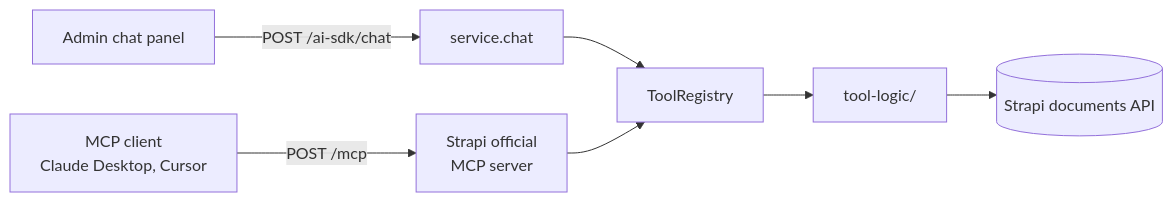
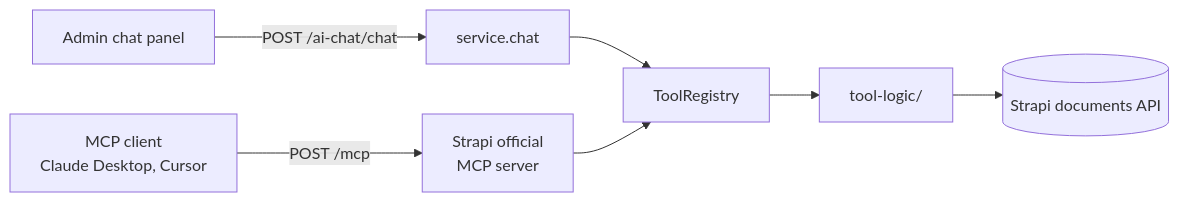
Before and after one commit to PaulBratslavsky/strapi-plugin-ai-chat: the first of 3 diagrams in docs/architecture.md, drawn with Mermaid. The commit also changed other lines of this file and 49 other files, not shown here.

First line of the commit message:
Rename the plugin id from ai-sdk to ai-chat, with a migration (3.0.0) (#20)

````diff
--- a/docs/architecture.md
+++ b/docs/architecture.md
@@ -49,8 +49,8 @@
 ```mermaid
 flowchart LR
   A[Admin chat panel]
   B[MCP client<br/>Claude Desktop, Cursor]
-  A -->|POST /ai-sdk/chat| E[service.chat] --> C[ToolRegistry]
+  A -->|POST /ai-chat/chat| E[service.chat] --> C[ToolRegistry]
   B -->|POST /mcp| F[Strapi official<br/>MCP server] --> C
   C --> D[tool-logic/] --> G[(Strapi documents API)]
 ```
````
